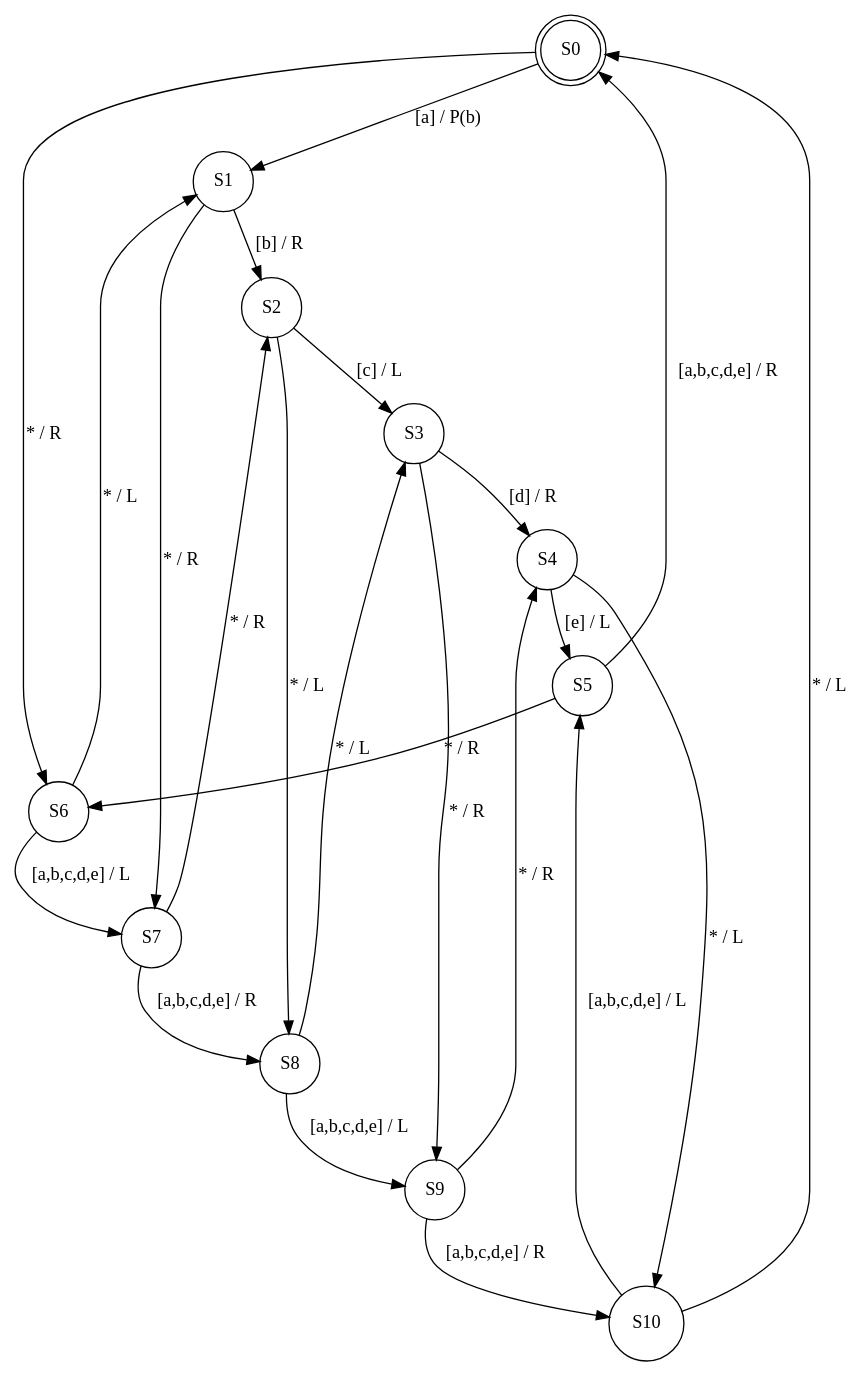
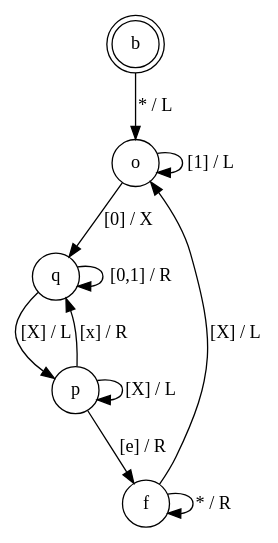
One commit to mabhay3420/state_machine_compile_rust changed the diagram in state_machine.dot. Above: the diagram before and after it, drawn with Graphviz. The commit also changed 2 other files, not shown here.

```diff
--- a/state_machine.dot
+++ b/state_machine.dot
@@ -1,35 +1,17 @@
 digraph {
-  "S0" [shape=doublecircle];
-  "S1" [shape=circle];
-  "S2" [shape=circle];
-  "S3" [shape=circle];
-  "S4" [shape=circle];
-  "S5" [shape=circle];
-  "S6" [shape=circle];
-  "S7" [shape=circle];
-  "S8" [shape=circle];
-  "S9" [shape=circle];
-  "S10" [shape=circle];
-  "S0" -> "S1" [label="[a] / P(b)"];
-  "S0" -> "S6" [label="* / R"];
-  "S1" -> "S2" [label="[b] / R"];
-  "S1" -> "S7" [label="* / R"];
-  "S2" -> "S3" [label="[c] / L"];
-  "S2" -> "S8" [label="* / L"];
-  "S3" -> "S4" [label="[d] / R"];
-  "S3" -> "S9" [label="* / R"];
-  "S4" -> "S5" [label="[e] / L"];
-  "S4" -> "S10" [label="* / L"];
-  "S5" -> "S0" [label="[a,b,c,d,e] / R"];
-  "S5" -> "S6" [label="* / R"];
-  "S6" -> "S7" [label="[a,b,c,d,e] / L"];
-  "S6" -> "S1" [label="* / L"];
-  "S7" -> "S8" [label="[a,b,c,d,e] / R"];
-  "S7" -> "S2" [label="* / R"];
-  "S8" -> "S9" [label="[a,b,c,d,e] / L"];
-  "S8" -> "S3" [label="* / L"];
-  "S9" -> "S10" [label="[a,b,c,d,e] / R"];
-  "S9" -> "S4" [label="* / R"];
-  "S10" -> "S5" [label="[a,b,c,d,e] / L"];
-  "S10" -> "S0" [label="* / L"];
+  "b" [shape=doublecircle];
+  "o" [shape=circle];
+  "q" [shape=circle];
+  "p" [shape=circle];
+  "f" [shape=circle];
+  "b" -> "o" [label="* / L"];
+  "o" -> "o" [label="[1] / L"];
+  "o" -> "q" [label="[0] / X"];
+  "q" -> "q" [label="[0,1] / R"];
+  "q" -> "p" [label="[X] / L"];
+  "p" -> "q" [label="[x] / R"];
+  "p" -> "f" [label="[e] / R"];
+  "p" -> "p" [label="[X] / L"];
+  "f" -> "f" [label="* / R"];
+  "f" -> "o" [label="[X] / L"];
 }
```
